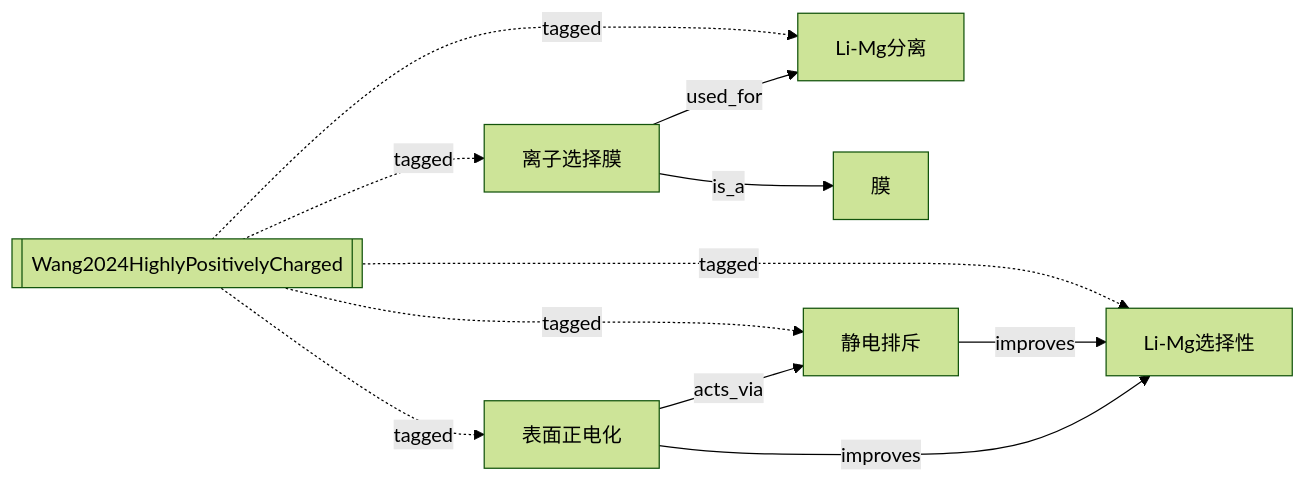
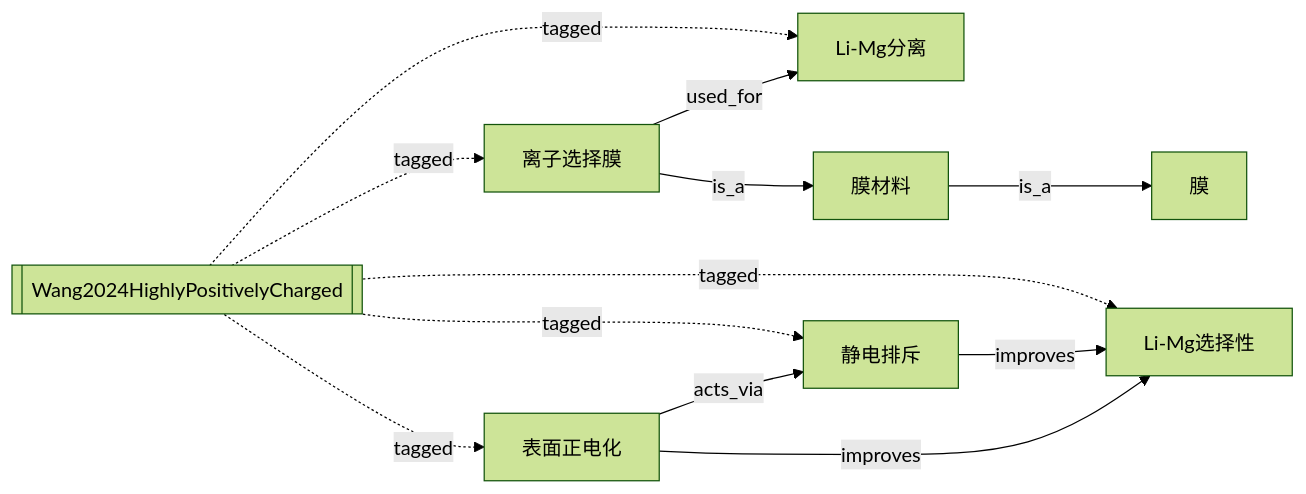
The diagram in 03_Knowledge_Tree/mvp_knowledge_graph.md (Cynthia5810/research-knowledge-tree), drawn with Mermaid (forest theme) before and after one commit. The commit also changed 17 other files, not shown here.

````diff
--- a/03_Knowledge_Tree/mvp_knowledge_graph.md
+++ b/03_Knowledge_Tree/mvp_knowledge_graph.md
@@ -5,20 +5,22 @@
 ```mermaid
 flowchart LR
   concept-05414060b73bbbcf["Li-Mg分离"]
   concept-85a95296490a1ae7["Li-Mg选择性"]
   concept-f4bb832fba83254f["离子选择膜"]
   concept-bcea1c87f145b817["膜"]
+  concept-ce8ce09c94edcb22["膜材料"]
   concept-54c9d69e4ab86043["表面正电化"]
   concept-ba430b1c39f61cfb["静电排斥"]
   paper-37974a325a0b07d7[["Wang2024HighlyPositivelyCharged"]]
-  concept-f4bb832fba83254f -->|"is_a"| concept-bcea1c87f145b817
+  concept-f4bb832fba83254f -->|"is_a"| concept-ce8ce09c94edcb22
   concept-f4bb832fba83254f -->|"used_for"| concept-05414060b73bbbcf
+  concept-ce8ce09c94edcb22 -->|"is_a"| concept-bcea1c87f145b817
   concept-54c9d69e4ab86043 -->|"acts_via"| concept-ba430b1c39f61cfb
   concept-54c9d69e4ab86043 -->|"improves"| concept-85a95296490a1ae7
   concept-ba430b1c39f61cfb -->|"improves"| concept-85a95296490a1ae7
   paper-37974a325a0b07d7 -.->|"tagged"| concept-f4bb832fba83254f
   paper-37974a325a0b07d7 -.->|"tagged"| concept-05414060b73bbbcf
   paper-37974a325a0b07d7 -.->|"tagged"| concept-54c9d69e4ab86043
   paper-37974a325a0b07d7 -.->|"tagged"| concept-ba430b1c39f61cfb
   paper-37974a325a0b07d7 -.->|"tagged"| concept-85a95296490a1ae7
 ```
````
